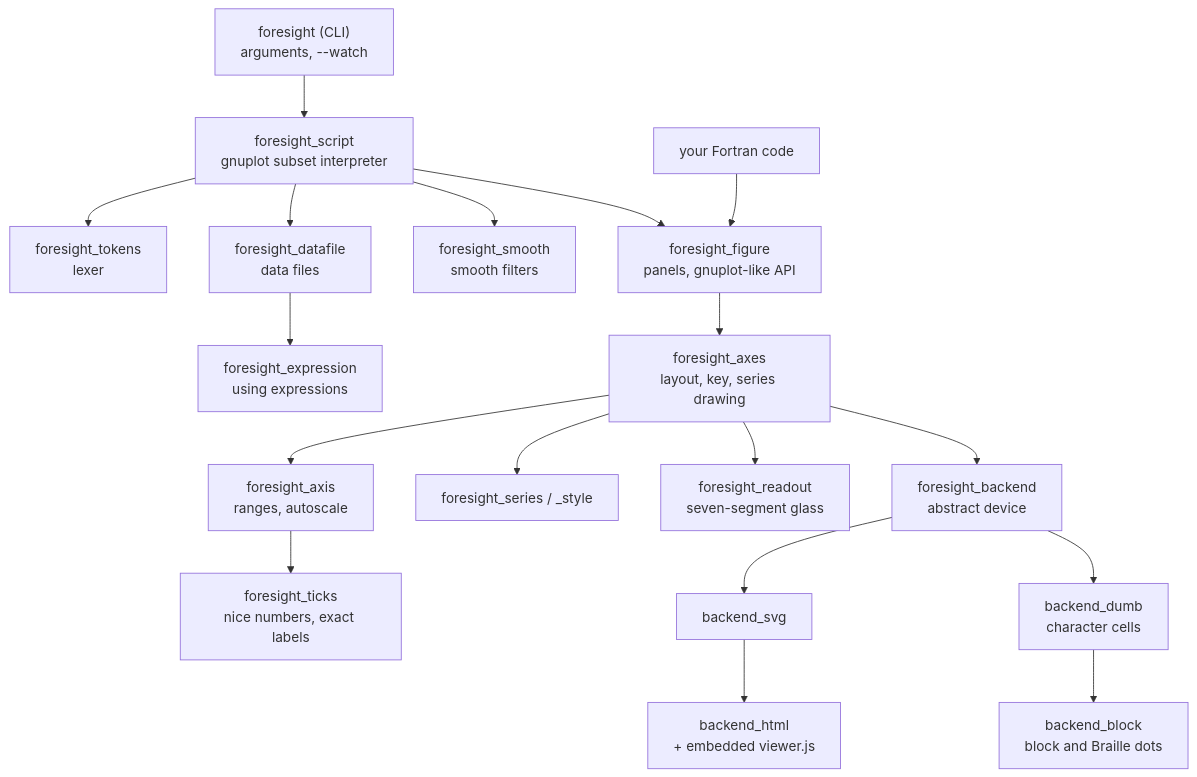
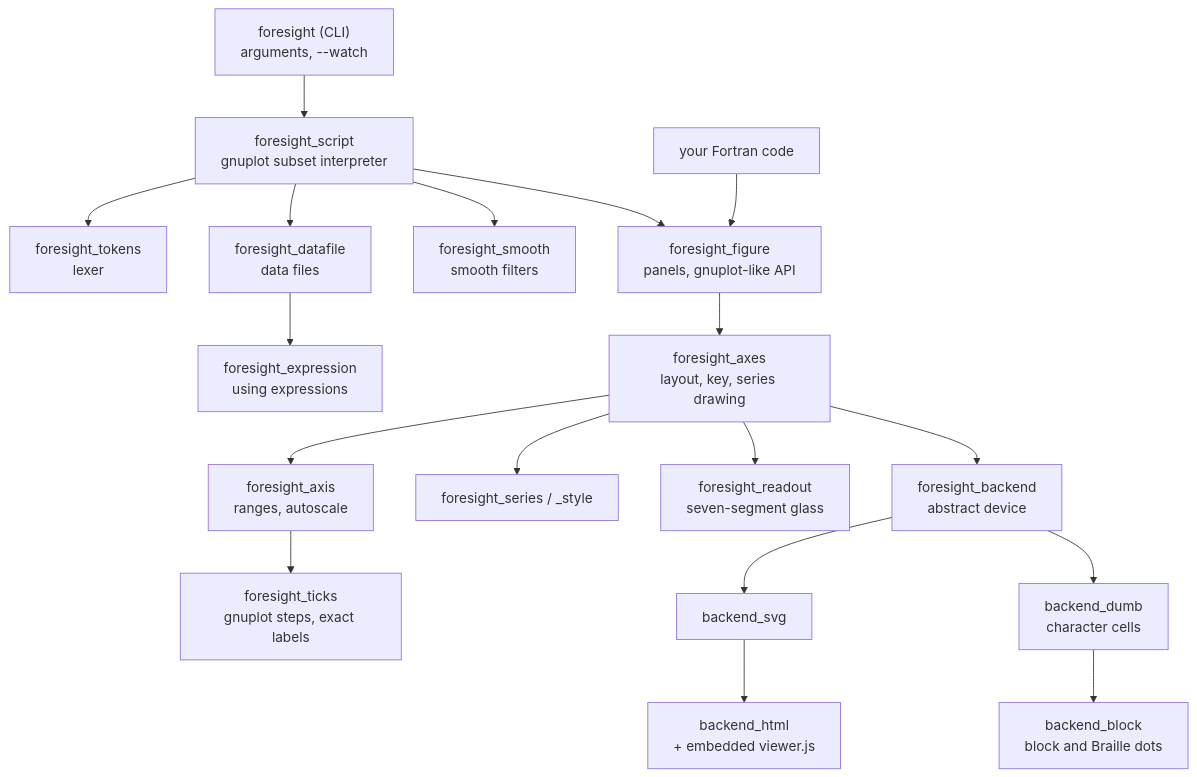
The diagram in docs/guide/architecture.md (szaghi/foresight), drawn with Mermaid before and after one commit. The commit also changed 158 other files, not shown here.

````diff
--- a/docs/guide/architecture.md
+++ b/docs/guide/architecture.md
@@ -7,20 +7,20 @@
 ```mermaid
 flowchart TD
     CLI["foresight (CLI)<br/>arguments, --watch"] --> SCRIPT
     SCRIPT["foresight_script<br/>gnuplot subset interpreter"] --> TOKENS["foresight_tokens<br/>lexer"]
     SCRIPT --> DATA["foresight_datafile<br/>data files"]
     DATA --> EXPR["foresight_expression<br/>using expressions"]
     SCRIPT --> SMOOTH["foresight_smooth<br/>smooth filters"]
     SCRIPT --> FIG
     USER["your Fortran code"] --> FIG
     FIG["foresight_figure<br/>panels, gnuplot-like API"] --> AXES
     AXES["foresight_axes<br/>layout, key, series drawing"] --> AXIS["foresight_axis<br/>ranges, autoscale"]
     AXES --> SERIES["foresight_series / _style"]
     AXES --> READOUT["foresight_readout<br/>seven-segment glass"]
-    AXIS --> TICKS["foresight_ticks<br/>nice numbers, exact labels"]
+    AXIS --> TICKS["foresight_ticks<br/>gnuplot steps, exact labels"]
     AXES --> BACKEND
     BACKEND["foresight_backend<br/>abstract device"] --> SVG["backend_svg"]
     SVG --> HTML["backend_html<br/>+ embedded viewer.js"]
     BACKEND --> DUMB["backend_dumb<br/>character cells"]
     DUMB --> BLOCK["backend_block<br/>block and Braille dots"]
 ```
````
